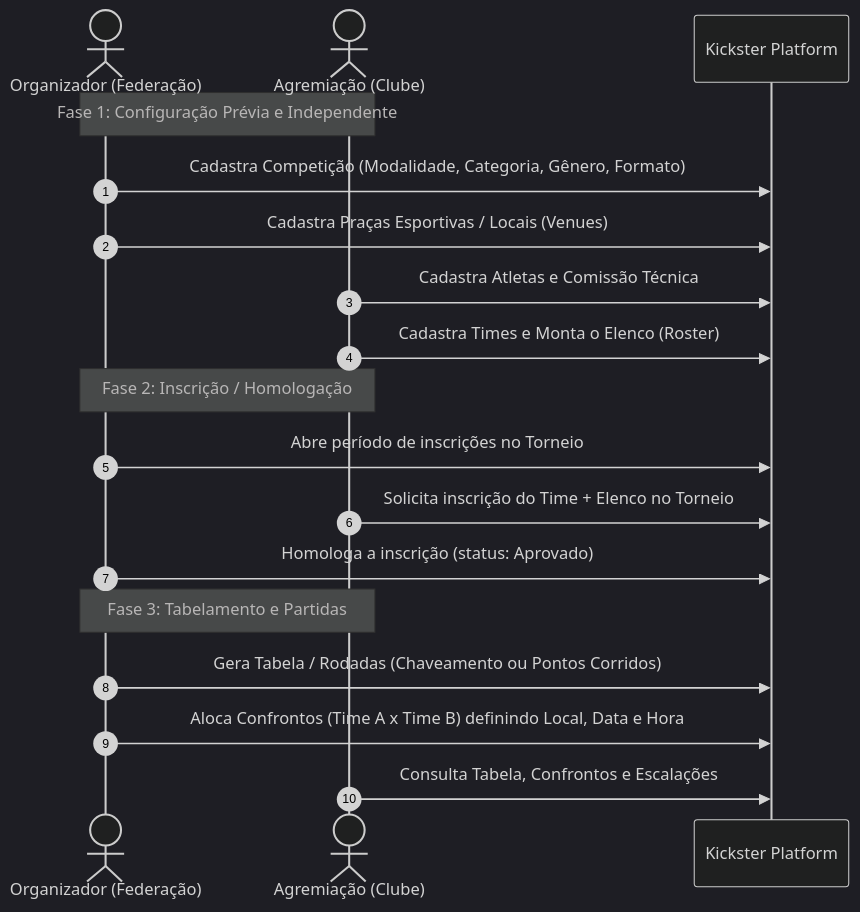
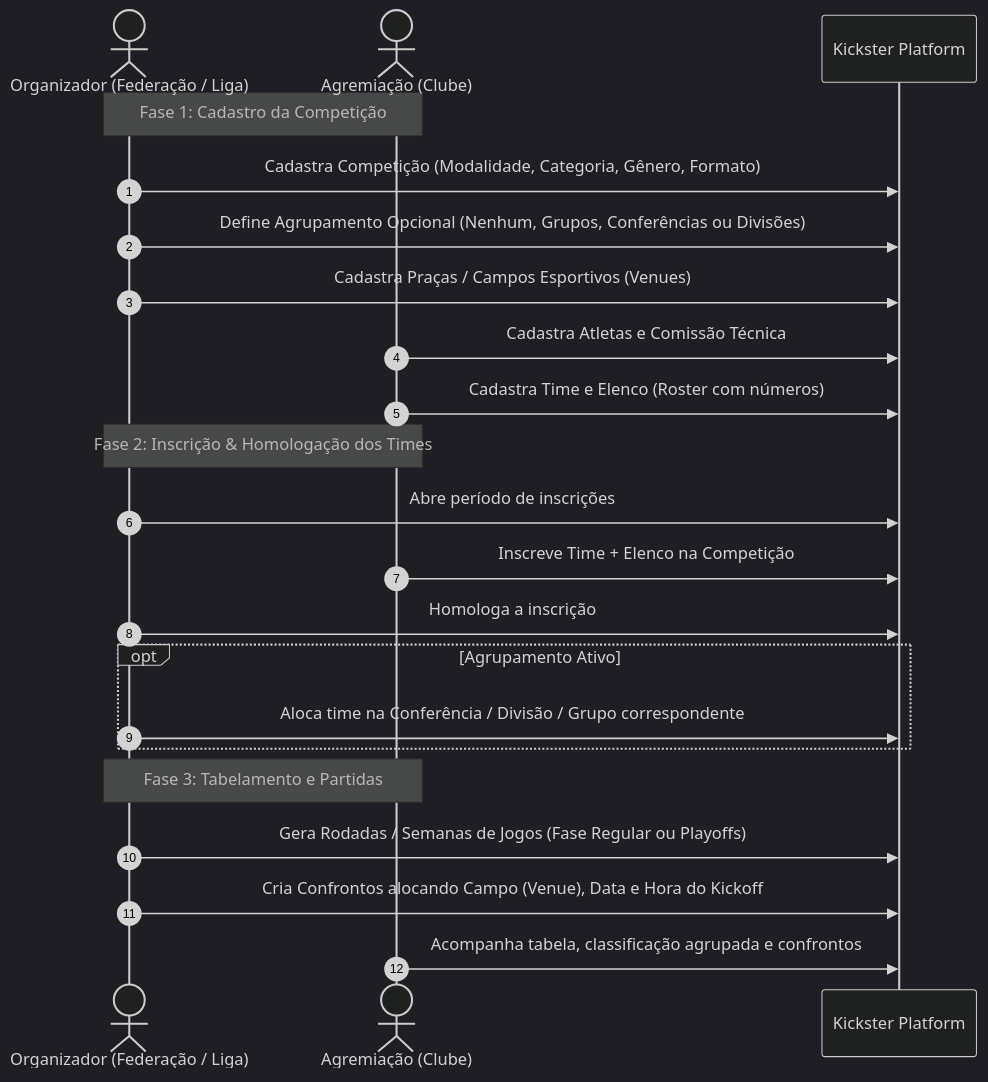
One commit to cesargranelli/flag_platform_docs changed the second of 2 diagrams in architecture/arquitetura_modulo_competicoes.md. Above: the diagram before and after it, drawn with Mermaid (dark theme). The commit also changed other lines of this file and 4 other files, not shown here.

Commit message:
docs(affiliation): add institution affiliation workflow and update competition roadmap

````diff
--- a/architecture/arquitetura_modulo_competicoes.md
+++ b/architecture/arquitetura_modulo_competicoes.md
@@ -105,23 +139,27 @@
 ```mermaid
 sequenceDiagram
     autonumber
-    actor Org as Organizador (Federação)
+    actor Org as Organizador (Federação / Liga)
     actor Clube as Agremiação (Clube)
     participant Sys as Kickster Platform
 
-    Note over Org,Clube: Fase 1: Configuração Prévia e Independente
+    Note over Org,Clube: Fase 1: Cadastro da Competição
     Org->>Sys: Cadastra Competição (Modalidade, Categoria, Gênero, Formato)
-    Org->>Sys: Cadastra Praças Esportivas / Locais (Venues)
+    Org->>Sys: Define Agrupamento Opcional (Nenhum, Grupos, Conferências ou Divisões)
+    Org->>Sys: Cadastra Praças / Campos Esportivos (Venues)
     Clube->>Sys: Cadastra Atletas e Comissão Técnica
-    Clube->>Sys: Cadastra Times e Monta o Elenco (Roster)
+    Clube->>Sys: Cadastra Time e Elenco (Roster com números)
 
-    Note over Org,Clube: Fase 2: Inscrição / Homologação
-    Org->>Sys: Abre período de inscrições no Torneio
-    Clube->>Sys: Solicita inscrição do Time + Elenco no Torneio
-    Org->>Sys: Homologa a inscrição (status: Aprovado)
+    Note over Org,Clube: Fase 2: Inscrição & Homologação dos Times
+    Org->>Sys: Abre período de inscrições
+    Clube->>Sys: Inscreve Time + Elenco na Competição
+    Org->>Sys: Homologa a inscrição
+    Opt Agrupamento Ativo
+        Org->>Sys: Aloca time na Conferência / Divisão / Grupo correspondente
+    End
 
     Note over Org,Clube: Fase 3: Tabelamento e Partidas
-    Org->>Sys: Gera Tabela / Rodadas (Chaveamento ou Pontos Corridos)
-    Org->>Sys: Aloca Confrontos (Time A x Time B) definindo Local, Data e Hora
-    Clube->>Sys: Consulta Tabela, Confrontos e Escalações
+    Org->>Sys: Gera Rodadas / Semanas de Jogos (Fase Regular ou Playoffs)
+    Org->>Sys: Cria Confrontos alocando Campo (Venue), Data e Hora do Kickoff
+    Clube->>Sys: Acompanha tabela, classificação agrupada e confrontos
 ```
````
